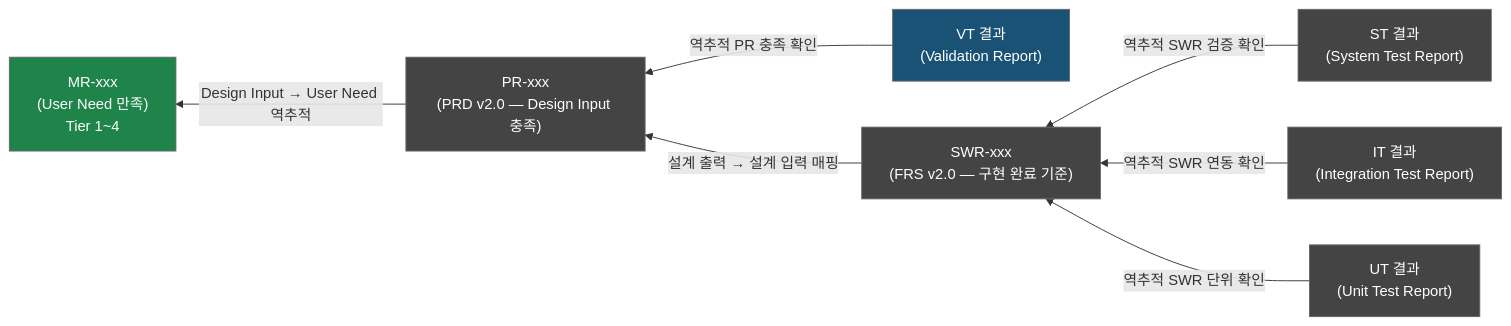
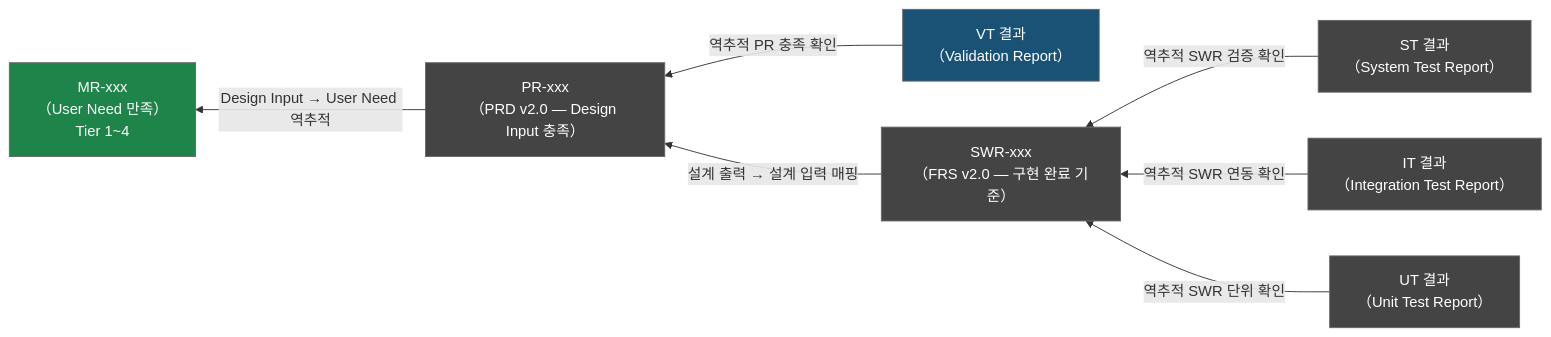
Before and after one commit to holee9/console-gui: the fourth of 6 diagrams in docs/verification/DOC-032_RTM_v2.0.md, drawn with Mermaid. The commit also changed other lines of this file and 22 other files, not shown here.

First line of the commit message:
fix: Mermaid flowchart 노드 내 괄호 파싱 오류 전면 수정

````diff
--- a/docs/verification/DOC-032_RTM_v2.0.md
+++ b/docs/verification/DOC-032_RTM_v2.0.md
@@ -439,21 +439,21 @@
 ```mermaid
 flowchart RL
-    VT["VT 결과\n(Validation Report)"]
-    ST["ST 결과\n(System Test Report)"]
-    IT["IT 결과\n(Integration Test Report)"]
-    UT["UT 결과\n(Unit Test Report)"]
-    SWR["SWR-xxx\n(FRS v2.0 — 구현 완료 기준)"]
-    PR["PR-xxx\n(PRD v2.0 — Design Input 충족)"]
-    MR["MR-xxx\n(User Need 만족)\nTier 1~4"]
+    VT["VT 결과\n（Validation Report）"]
+    ST["ST 결과\n（System Test Report）"]
+    IT["IT 결과\n（Integration Test Report）"]
+    UT["UT 결과\n（Unit Test Report）"]
+    SWR["SWR-xxx\n（FRS v2.0 — 구현 완료 기준）"]
+    PR["PR-xxx\n（PRD v2.0 — Design Input 충족）"]
+    MR["MR-xxx\n（User Need 만족）\nTier 1~4"]
 
     VT -->|"역추적 PR 충족 확인"| PR
     ST -->|"역추적 SWR 검증 확인"| SWR
     IT -->|"역추적 SWR 연동 확인"| SWR
     UT -->|"역추적 SWR 단위 확인"| SWR
     SWR -->|"설계 출력 → 설계 입력 매핑"| PR
     PR -->|"Design Input → User Need 역추적"| MR
 
     classDef default fill:#444,stroke:#666,color:#fff
     style VT fill:#1a5276,color:#fff
     style MR fill:#1e8449,color:#fff
 ```
````
